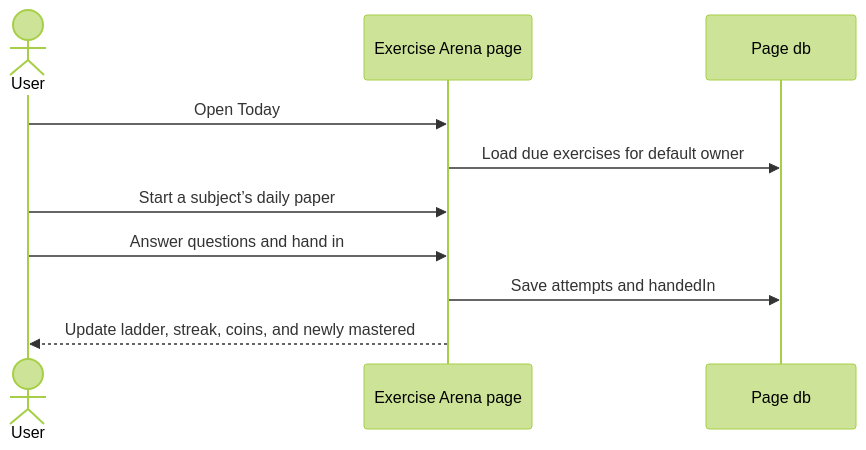
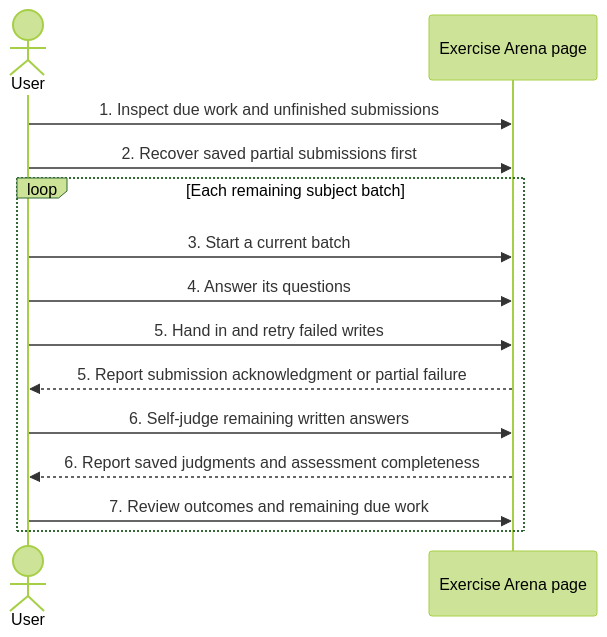
The diagram in journey/user/0002-do-todays-daily-redo.md (lengthlong/exercise_arena), drawn with Mermaid (forest theme) before and after one commit. The commit also changed other lines of this file and 27 other files, not shown here.

````diff
--- a/journey/user/0002-do-todays-daily-redo.md
+++ b/journey/user/0002-do-todays-daily-redo.md
@@ -8,12 +9,16 @@
 ```mermaid
 sequenceDiagram
     actor U as User
     participant P as Exercise Arena page
-    participant D as Page db
-    U->>P: Open Today
-    P->>D: Load due exercises for default owner
-    U->>P: Start a subject’s daily paper
-    U->>P: Answer questions and hand in
-    P->>D: Save attempts and handedIn
-    P-->>U: Update ladder, streak, coins, and newly mastered
+    U->>P: 1. Inspect due work and unfinished submissions
+    U->>P: 2. Recover saved partial submissions first
+    loop Each remaining subject batch
+        U->>P: 3. Start a current batch
+        U->>P: 4. Answer its questions
+        U->>P: 5. Hand in and retry failed writes
+        P-->>U: 5. Report submission acknowledgment or partial failure
+        U->>P: 6. Self-judge remaining written answers
+        P-->>U: 6. Report saved judgments and assessment completeness
+        U->>P: 7. Review outcomes and remaining due work
+    end
 ```
````
